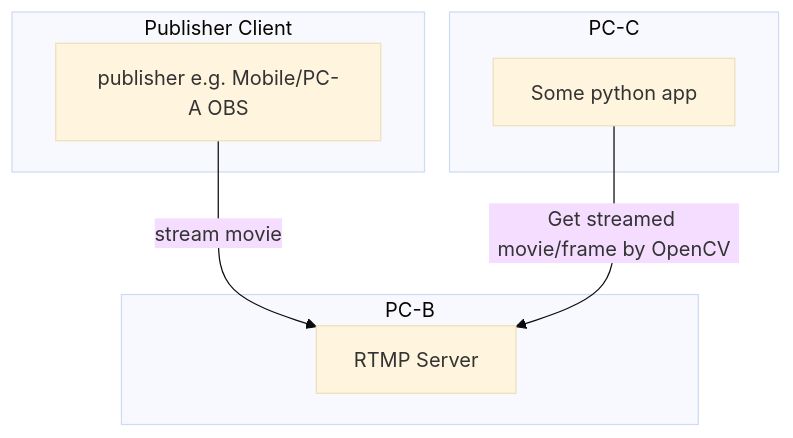
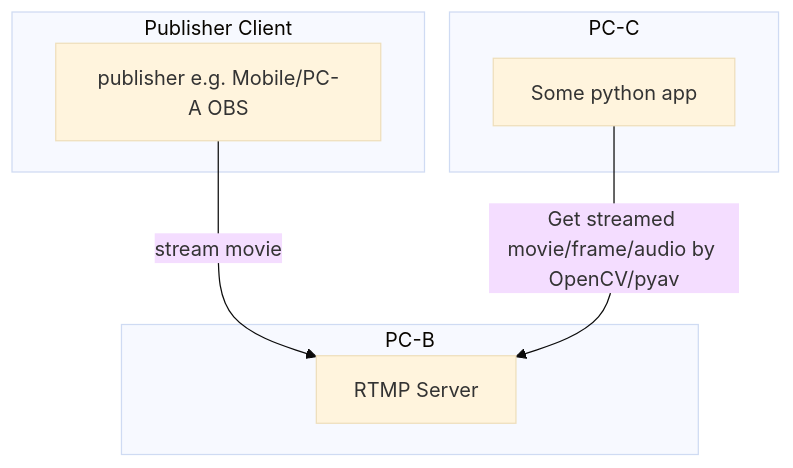
Before and after one commit to pondelion/rtmp-streaming-py-capture-test: the diagram in README.md, drawn with Mermaid (base theme). The commit also changed other lines of this file and 3 other files, not shown here.

````diff
--- a/README.md
+++ b/README.md
@@ -3,14 +3,14 @@
 ```mermaid
 graph TB
   subgraph Publisher Client
     B[publisher e.g. Mobile/PC-A OBS]
   end
   subgraph PC-B
     rtmp_server[RTMP Server]
   end
   subgraph PC-C
     python_app[Some python app]
   end
   B[publisher e.g. Mobile/PC-A OBS]-->|stream movie|rtmp_server[RTMP Server]
-  python_app[Some python app]-->|Get streamed movie/frame by OpenCV|rtmp_server[RTMP Server]
+  python_app[Some python app]-->|Get streamed movie/frame/audio by OpenCV/pyav|rtmp_server[RTMP Server]
 ```
````
